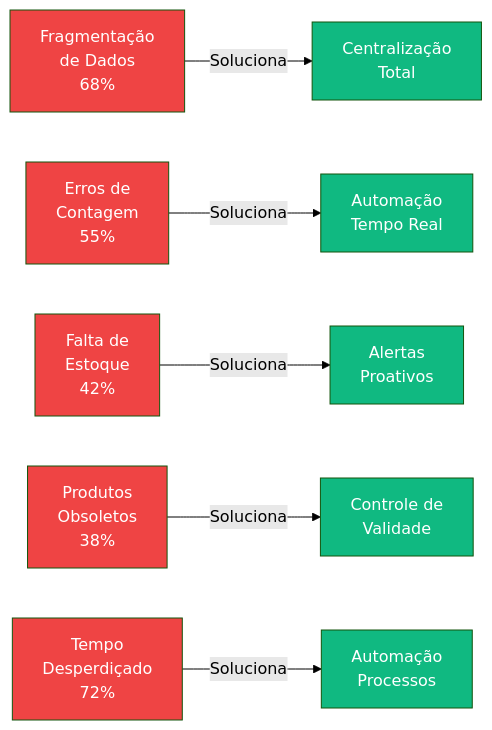
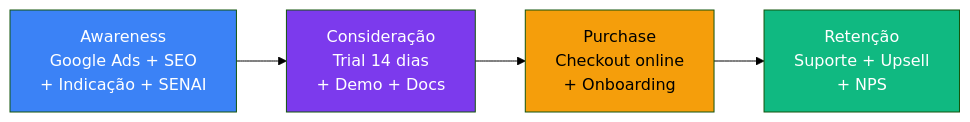
Before and after one commit to matheusmendes720/workconnect-tcc: the fourth of 8 diagrams in documentation/docs/estrategia/bmc-canvas.mdx, drawn with Mermaid (forest theme). The commit also changed other lines of this file and 16 other files, not shown here.

````diff
--- a/documentation/docs/estrategia/bmc-canvas.mdx
+++ b/documentation/docs/estrategia/bmc-canvas.mdx
@@ -160,19 +174,11 @@
 ```mermaid
 flowchart LR
-    P1[Fragmentação<br/>de Dados<br/>68%] -->|Soluciona| S1[Centralização<br/>Total]
-    P2[Erros de<br/>Contagem<br/>55%] -->|Soluciona| S2[Automação<br/>Tempo Real]
-    P3[Falta de<br/>Estoque<br/>42%] -->|Soluciona| S3[Alertas<br/>Proativos]
-    P4[Produtos<br/>Obsoletos<br/>38%] -->|Soluciona| S4[Controle de<br/>Validade]
-    P5[Tempo<br/>Desperdiçado<br/>72%] -->|Soluciona| S5[Automação<br/>Processos]
-    
-    style P1 fill:#ef4444,color:#fff
-    style P2 fill:#ef4444,color:#fff
-    style P3 fill:#ef4444,color:#fff
-    style P4 fill:#ef4444,color:#fff
-    style P5 fill:#ef4444,color:#fff
-    style S1 fill:#10b981,color:#fff
-    style S2 fill:#10b981,color:#fff
-    style S3 fill:#10b981,color:#fff
-    style S4 fill:#10b981,color:#fff
-    style S5 fill:#10b981,color:#fff
+    AW[Awareness<br/>Google Ads + SEO<br/>+ Indicação + SENAI] --> CONS[Consideração<br/>Trial 14 dias<br/>+ Demo + Docs]
+    CONS --> PUR[Purchase<br/>Checkout online<br/>+ Onboarding]
+    PUR --> RET[Retenção<br/>Suporte + Upsell<br/>+ NPS]
+
+    style AW fill:#3b82f6,color:#fff
+    style CONS fill:#7c3aed,color:#fff
+    style PUR fill:#f59e0b,color:#000
+    style RET fill:#10b981,color:#fff
 ```
````
